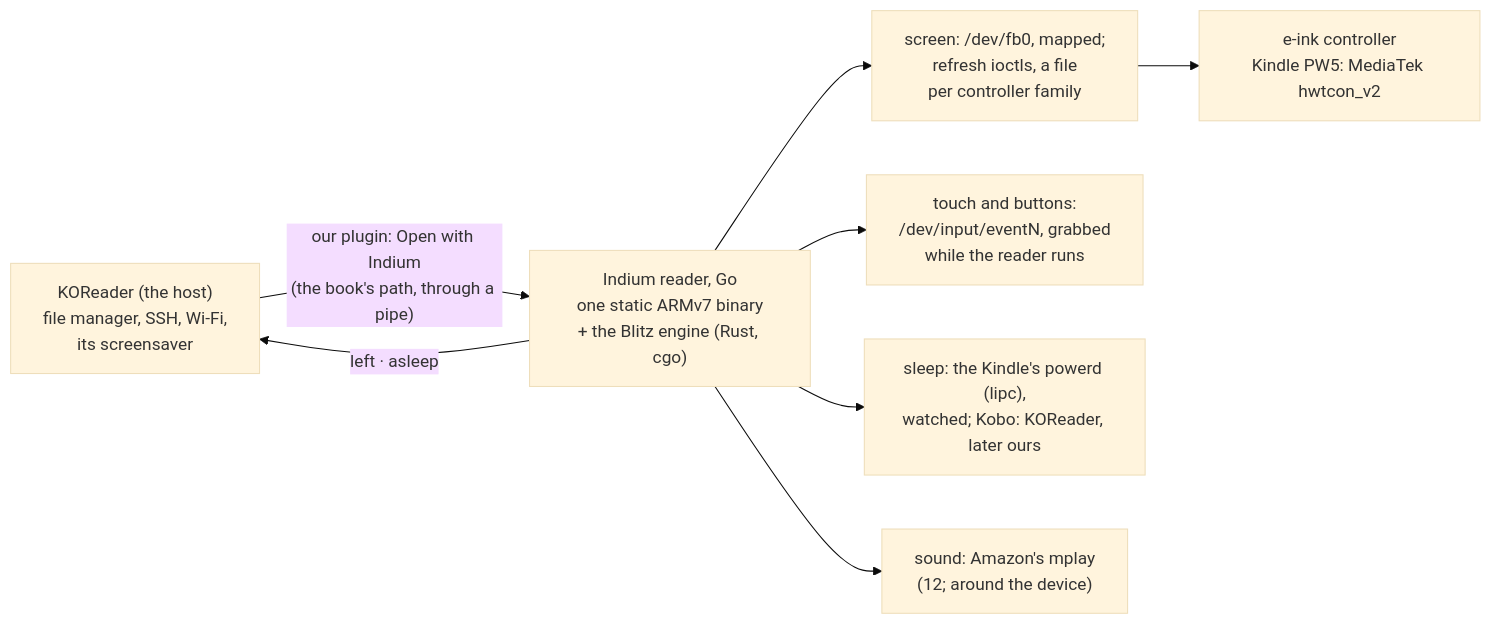
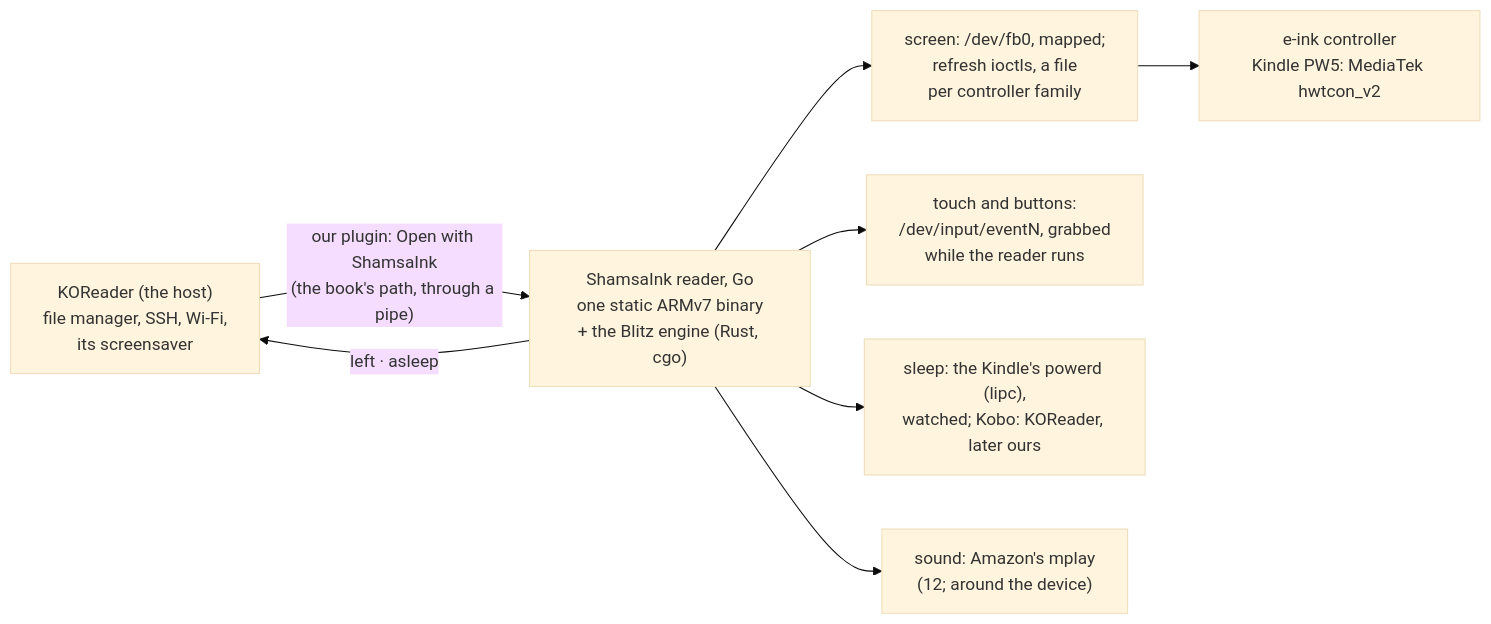
The fourth of 4 diagrams in docs/design.md (ardeshirj/shamsaink), drawn with Mermaid (base theme) before and after one commit. The commit also changed other lines of this file and 12 other files, not shown here.

First line of the commit message:
Reader: indium renamed shamsaink everywhere it runs

````diff
--- a/docs/design.md
+++ b/docs/design.md
@@ -165,10 +165,10 @@
 ```mermaid
 flowchart LR
-  ko["KOReader (the host)<br/>file manager, SSH, Wi-Fi,<br/>its screensaver"] -- "our plugin: Open with Indium<br/>(the book's path, through a pipe)" --> app["Indium reader, Go<br/>one static ARMv7 binary<br/>+ the Blitz engine (Rust, cgo)"]
+  ko["KOReader (the host)<br/>file manager, SSH, Wi-Fi,<br/>its screensaver"] -- "our plugin: Open with ShamsaInk<br/>(the book's path, through a pipe)" --> app["ShamsaInk reader, Go<br/>one static ARMv7 binary<br/>+ the Blitz engine (Rust, cgo)"]
   app -- "left · asleep" --> ko
   app --> scr["screen: /dev/fb0, mapped;<br/>refresh ioctls, a file<br/>per controller family"]
   app --> inp["touch and buttons:<br/>/dev/input/eventN, grabbed<br/>while the reader runs"]
   app --> pw["sleep: the Kindle's powerd (lipc),<br/>watched; Kobo: KOReader, later ours"]
   app --> snd["sound: Amazon's mplay<br/>(12; around the device)"]
   scr --> panel["e-ink controller<br/>Kindle PW5: MediaTek hwtcon_v2"]
 ```
````
